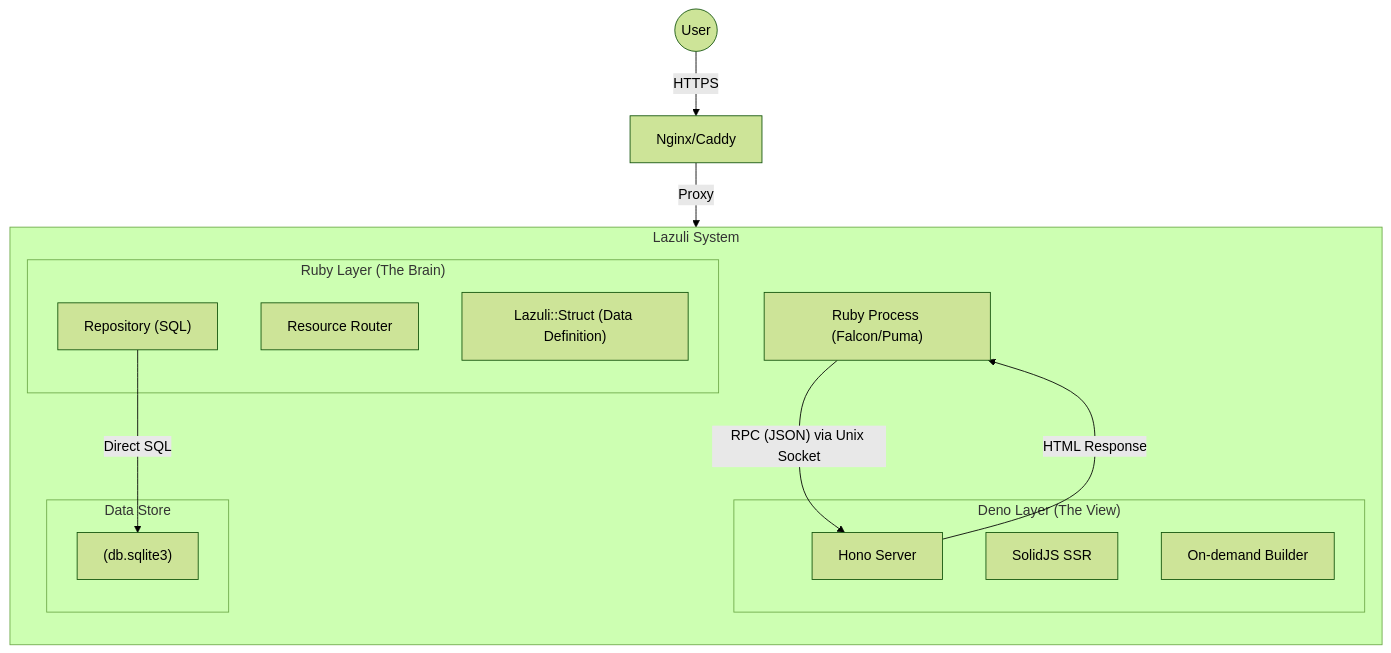
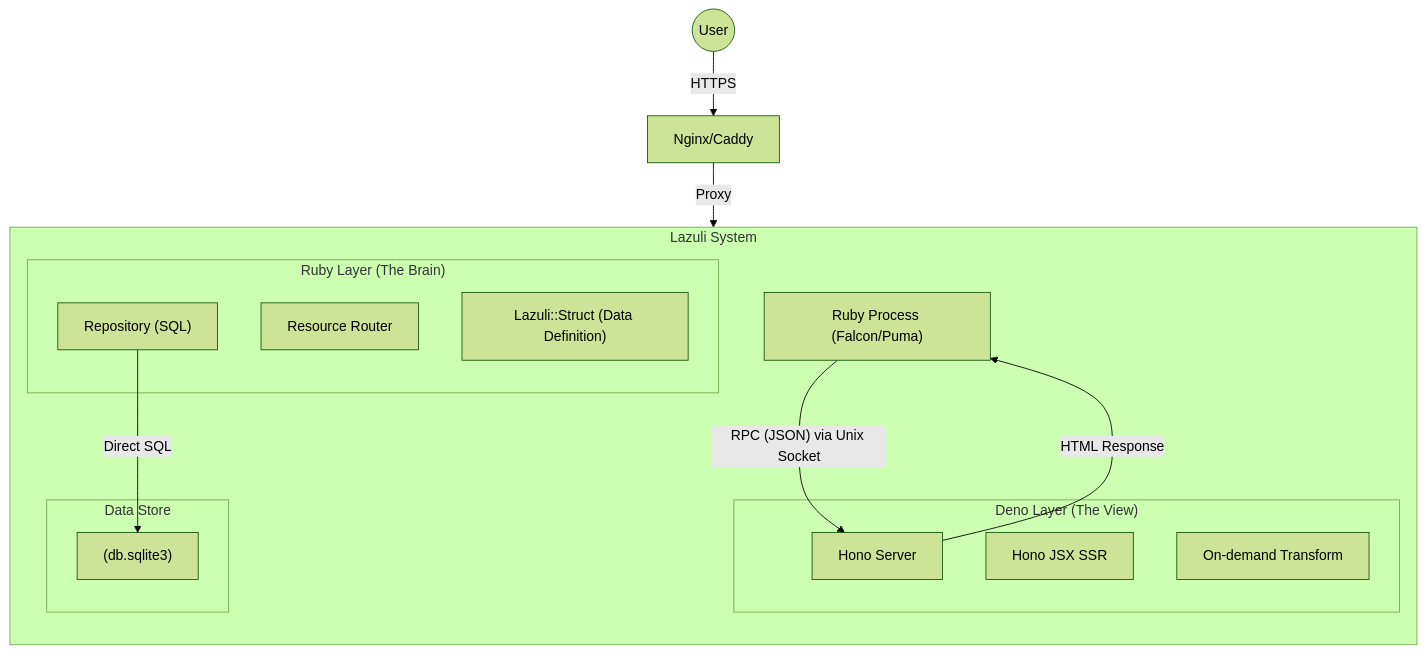
Before and after one commit to gen-hiroto0119/lazuli: the diagram in DESIGN.md, drawn with Mermaid (forest theme). The commit also changed other lines of this file and 2 other files, not shown here.

Commit message:
docs: Update documentation and add TODO list for Hono JSX architecture

````diff
--- a/DESIGN.md
+++ b/DESIGN.md
@@ -27,30 +27,30 @@
 ```mermaid
 graph TD
     User((User)) -->|HTTPS| Nginx/Caddy
     Nginx/Caddy -->|Proxy| Ruby["Ruby Process (Falcon/Puma)"]
     
     subgraph "Lazuli System"
         direction TB
         
         subgraph "Ruby Layer (The Brain)"
             Router["Resource Router"]
             Repo["Repository (SQL)"]
             Struct["Lazuli::Struct (Data Definition)"]
         end
         
         subgraph "Deno Layer (The View)"
             Hono["Hono Server"]
-            SolidSSR["SolidJS SSR"]
-            Esbuild["On-demand Builder"]
+            HonoSSR["Hono JSX SSR"]
+            Esbuild["On-demand Transform"]
         end
         
         subgraph "Data Store"
             SQLite["(db.sqlite3)"]
         end
 
         %% Connections
         Ruby --"RPC (JSON) via Unix Socket"--> Hono
         Hono --"HTML Response"--> Ruby
         Repo --"Direct SQL"--> SQLite
     end
 ```
````
